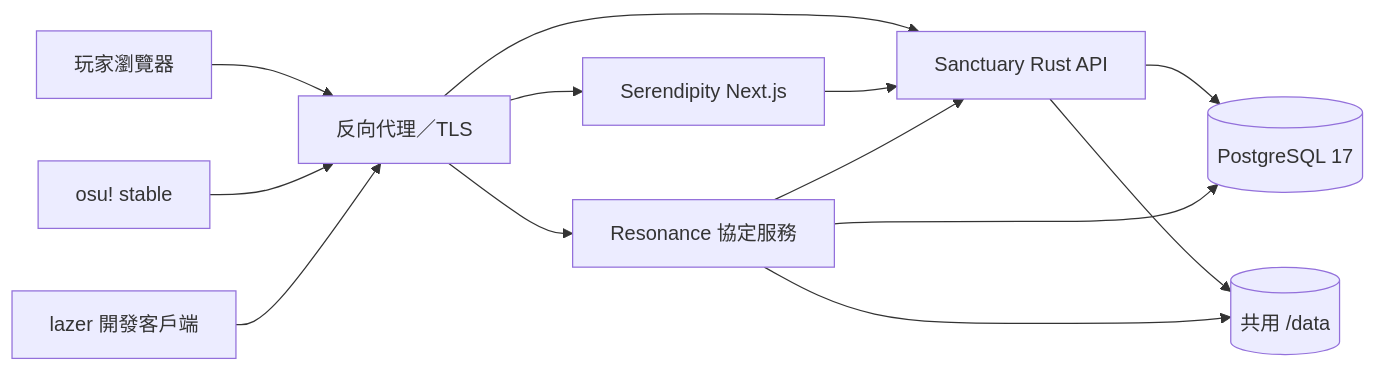
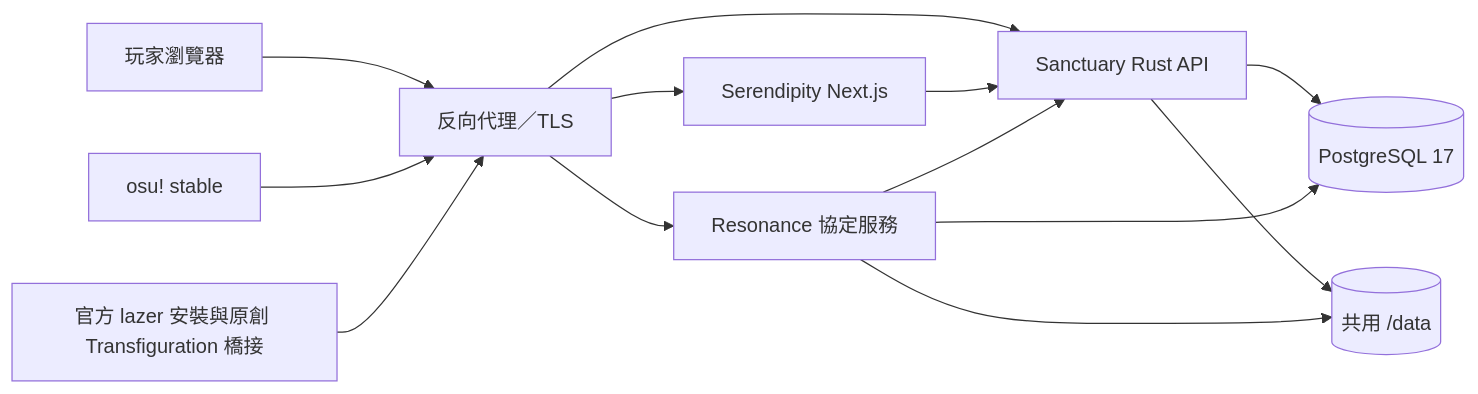
The diagram in docs/architecture.md (Illyavrs/Illyaverse), drawn with Mermaid before and after one commit. The commit also changed other lines of this file and 22 other files, not shown here.

````diff
--- a/docs/architecture.md
+++ b/docs/architecture.md
@@ -5,15 +5,15 @@
 ```mermaid
 flowchart LR
     Browser[玩家瀏覽器] --> Caddy[反向代理／TLS]
     Stable[osu! stable] --> Caddy
-    Lazer[lazer 開發客戶端] --> Caddy
+    Lazer[官方 lazer 安裝與原創 Transfiguration 橋接] --> Caddy
     Caddy --> Serendipity[Serendipity Next.js]
     Caddy --> Sanctuary[Sanctuary Rust API]
     Caddy --> Resonance[Resonance 協定服務]
     Serendipity --> Sanctuary
     Resonance --> Sanctuary
     Sanctuary --> PG[(PostgreSQL 17)]
     Resonance --> PG
     Sanctuary --> Files[(共用 /data)]
     Resonance --> Files
 ```
````
